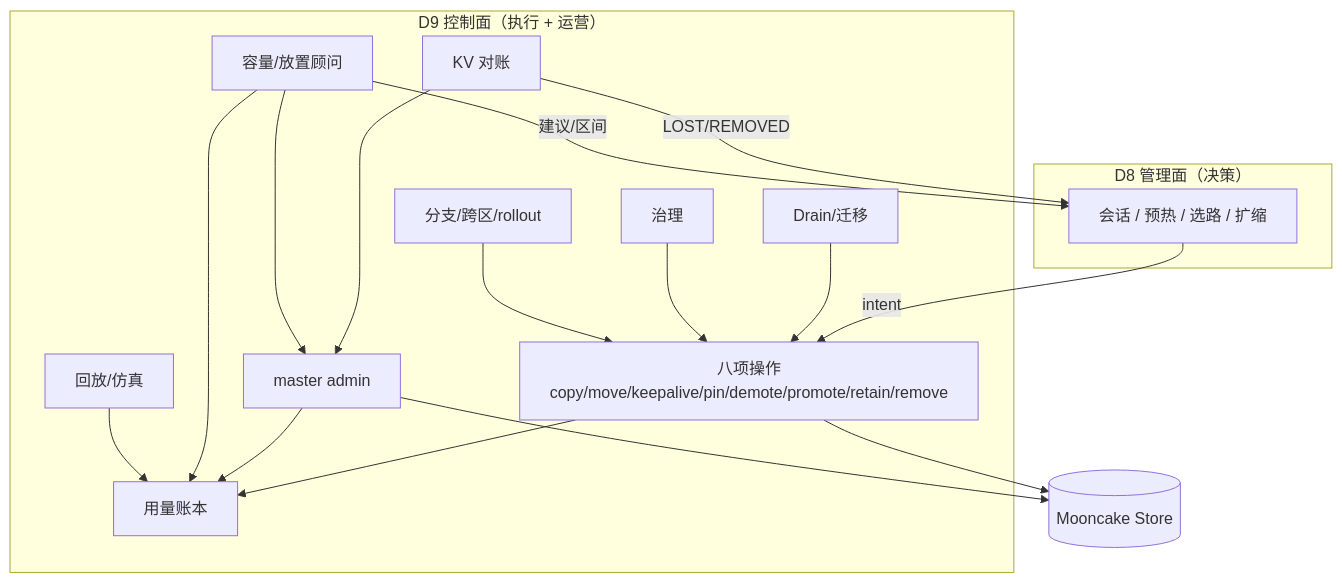
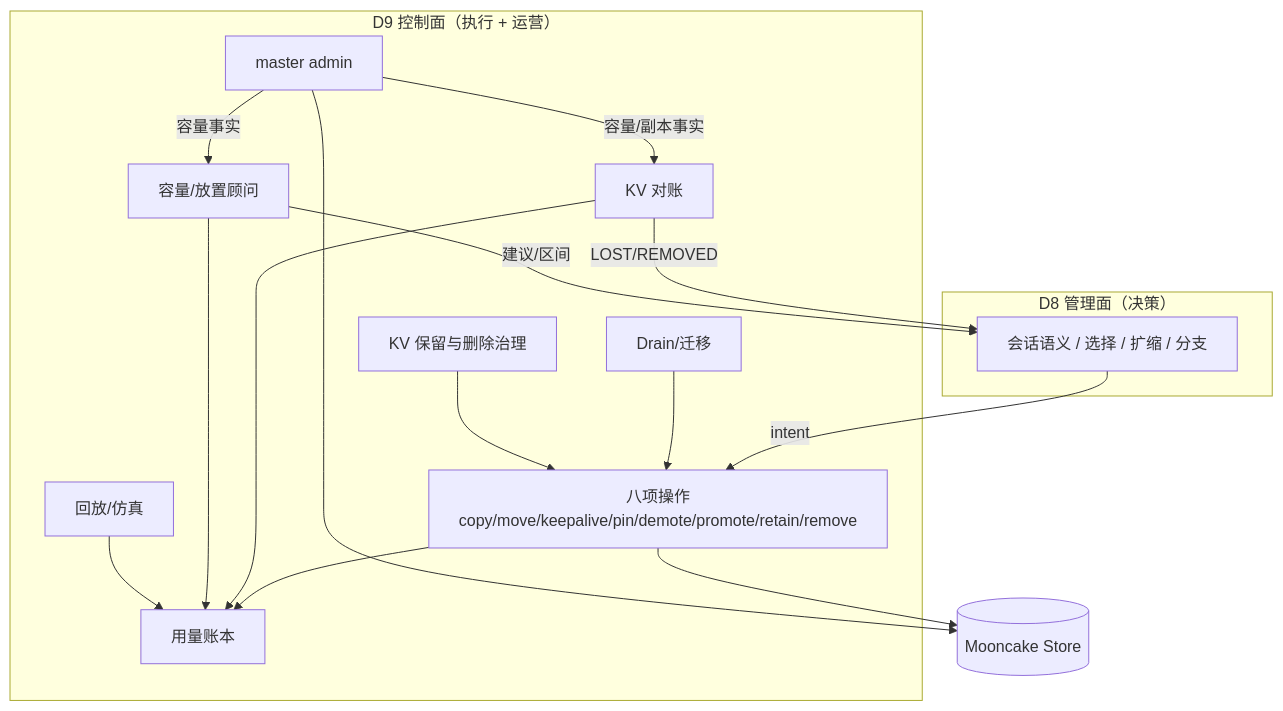
Before and after one commit to 5x8-40/lake: the first of 2 diagrams in kvcm/design/D9-kv-services.md, drawn with Mermaid. The commit also changed other lines of this file, not shown here.

````diff
--- a/kvcm/design/D9-kv-services.md
+++ b/kvcm/design/D9-kv-services.md
@@ -42,33 +41,31 @@
 ```mermaid
 flowchart TB
     subgraph D8["D8 管理面（决策）"]
-        DEC["会话 / 预热 / 选路 / 扩缩"]
+        D8DEC["会话语义 / 选择 / 扩缩 / 分支"]
     end
 
     subgraph D9["D9 控制面（执行 + 运营）"]
-        OPS["八项操作<br/>copy/move/keepalive/pin/demote/promote/retain/remove"]
+        D9OPS["八项操作<br/>copy/move/keepalive/pin/demote/promote/retain/remove"]
         VER["KV 对账"]
         LED["用量账本"]
         CAP["容量/放置顾问"]
         DRA["Drain/迁移"]
-        GOV["治理"]
+        GOV["KV 保留与删除治理"]
         SIM["回放/仿真"]
-        EXT["分支/跨区/rollout"]
         ADM["master admin"]
     end
 
-    DEC -->|"intent"| OPS
-    OPS --> LED
-    ADM --> LED
-    VER --> ADM
-    VER -->|"LOST/REMOVED"| DEC
+    D8DEC -->|"intent"| D9OPS
+    D9OPS --> LED
+    VER --> LED
     CAP --> LED
-    CAP --> ADM
-    CAP -->|"建议/区间"| DEC
-    DRA --> OPS
-    GOV --> OPS
+    ADM -->|"容量/副本事实"| VER
+    ADM -->|"容量事实"| CAP
+    VER -->|"LOST/REMOVED"| D8DEC
+    CAP -->|"建议/区间"| D8DEC
+    DRA --> D9OPS
+    GOV --> D9OPS
     SIM --> LED
-    EXT --> OPS
-    OPS --> M[("Mooncake Store")]
+    D9OPS --> M[("Mooncake Store")]
     ADM --> M
 ```
````
